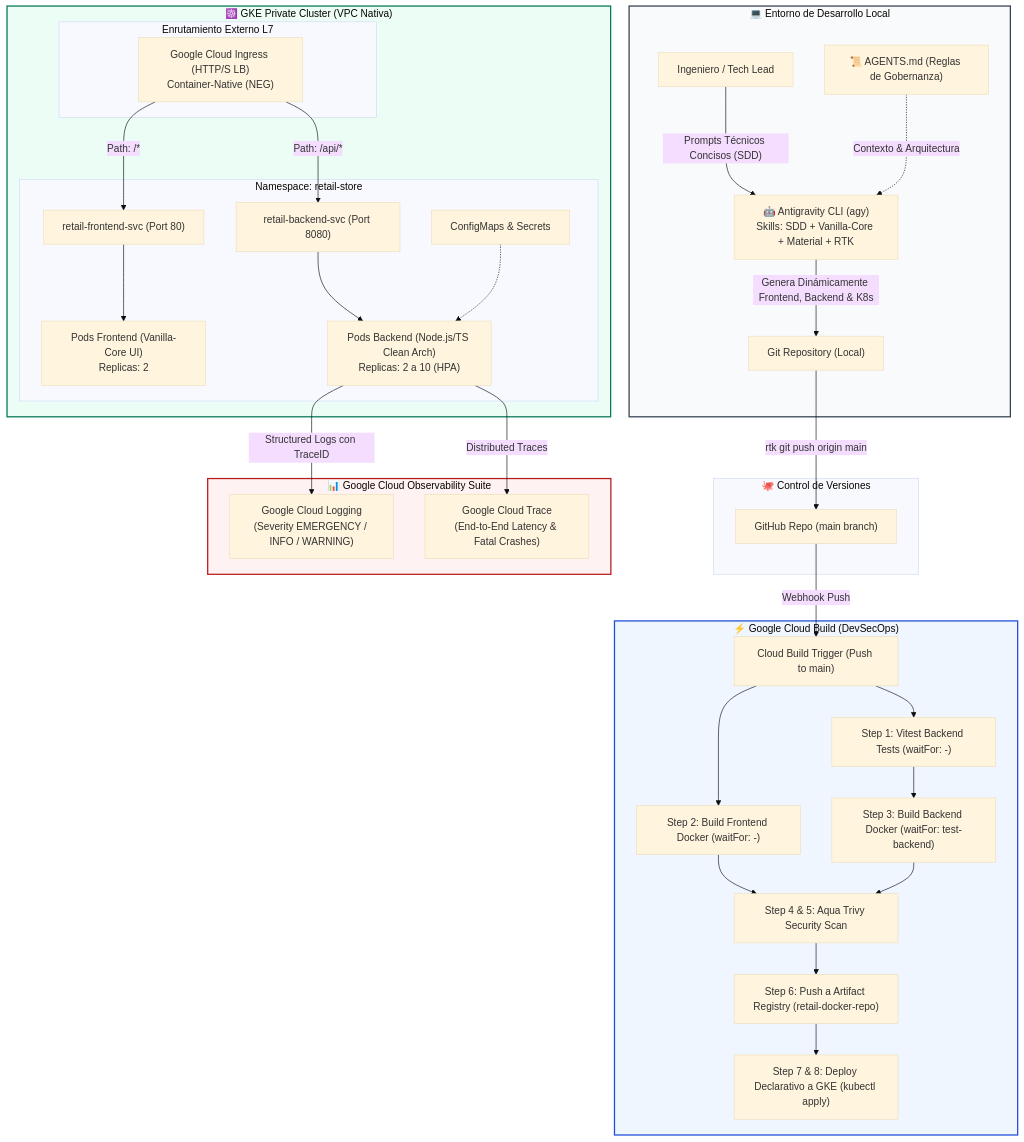
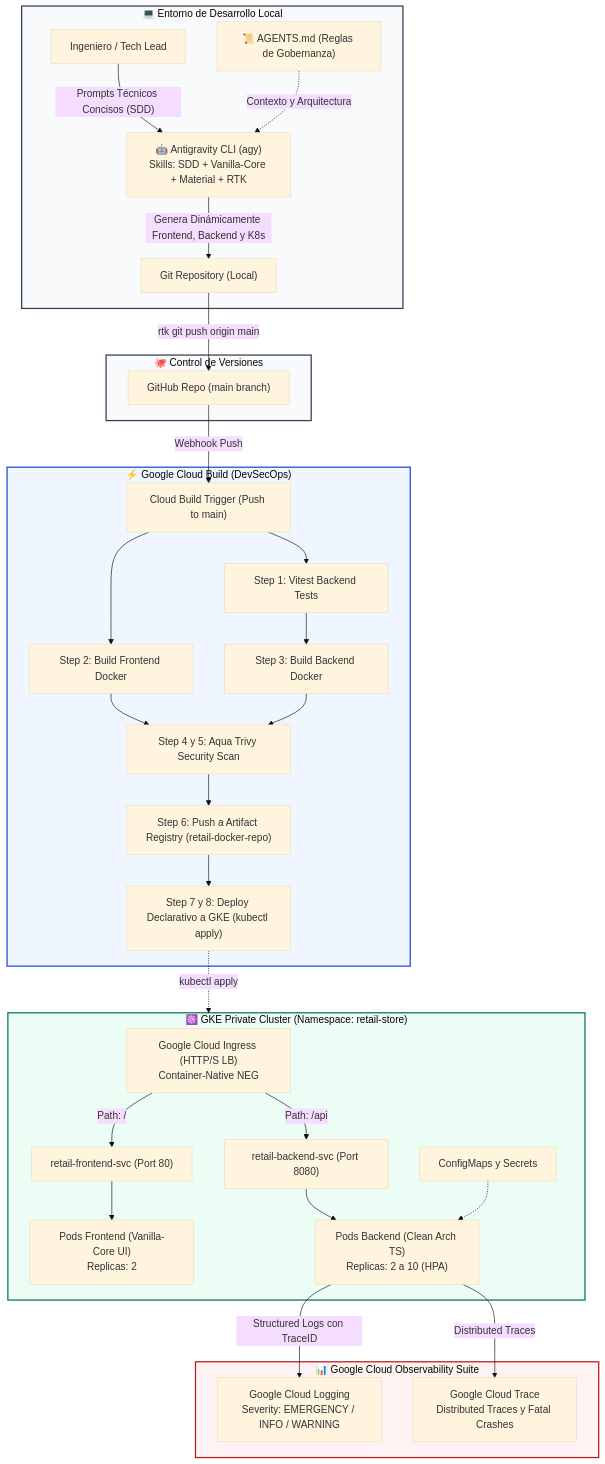
The diagram in workshop.md (develasquez/full-stack-engineer), drawn with Mermaid (base theme) before and after one commit.

Commit message:
fix(docs): resolve GitHub Mermaid rendering error in workshop.md

````diff
--- a/workshop.md
+++ b/workshop.md
@@ -14,71 +14,72 @@
 ```mermaid
 flowchart TD
-    subgraph Local["💻 Entorno de Desarrollo Local"]
+    subgraph Local ["💻 Entorno de Desarrollo Local"]
         Dev["Ingeniero / Tech Lead"]
         AGENTS_MD["📜 AGENTS.md (Reglas de Gobernanza)"]
         AGY["🤖 Antigravity CLI (agy)<br/>Skills: SDD + Vanilla-Core + Material + RTK"]
         GitRepo["Git Repository (Local)"]
-        
-        Dev -->|"Prompts Técnicos Concisos (SDD)"| AGY
-        AGENTS_MD -.->|"Contexto & Arquitectura"| AGY
-        AGY -->|"Genera Dinámicamente Frontend, Backend & K8s"| GitRepo
     end
 
-    subgraph GitHub["🐙 Control de Versiones"]
+    subgraph GitHub ["🐙 Control de Versiones"]
         RemoteGit["GitHub Repo (main branch)"]
-        GitRepo -->|"rtk git push origin main"| RemoteGit
     end
 
-    subgraph GCP_CI_CD["⚡ Google Cloud Build (DevSecOps)"]
+    subgraph GCP_CI_CD ["⚡ Google Cloud Build (DevSecOps)"]
         Trigger["Cloud Build Trigger (Push to main)"]
-        TestStep["Step 1: Vitest Backend Tests (waitFor: -)"]
-        BuildFront["Step 2: Build Frontend Docker (waitFor: -)"]
-        BuildBack["Step 3: Build Backend Docker (waitFor: test-backend)"]
-        TrivyStep["Step 4 & 5: Aqua Trivy Security Scan"]
+        TestStep["Step 1: Vitest Backend Tests"]
+        BuildFront["Step 2: Build Frontend Docker"]
+        BuildBack["Step 3: Build Backend Docker"]
+        TrivyStep["Step 4 y 5: Aqua Trivy Security Scan"]
         PushStep["Step 6: Push a Artifact Registry (retail-docker-repo)"]
-        DeployStep["Step 7 & 8: Deploy Declarativo a GKE (kubectl apply)"]
-        
-        RemoteGit -->|"Webhook Push"| Trigger
-        Trigger --> TestStep
-        Trigger --> BuildFront
-        TestStep --> BuildBack
-        BuildFront --> TrivyStep
-        BuildBack --> TrivyStep
-        TrivyStep --> PushStep
-        PushStep --> DeployStep
+        DeployStep["Step 7 y 8: Deploy Declarativo a GKE (kubectl apply)"]
     end
 
-    subgraph GCP_Runtime["☸️ GKE Private Cluster (VPC Nativa)"]
-        subgraph IngressLayer["Enrutamiento Externo L7"]
-            GKE_Ingress["Google Cloud Ingress (HTTP/S LB)<br/>Container-Native (NEG)"]
-        end
-        
-        subgraph Namespace["Namespace: retail-store"]
-            FrontendSvc["retail-frontend-svc (Port 80)"]
-            BackendSvc["retail-backend-svc (Port 8080)"]
-            
-            FrontendPods["Pods Frontend (Vanilla-Core UI)<br/>Replicas: 2"]
-            BackendPods["Pods Backend (Node.js/TS Clean Arch)<br/>Replicas: 2 a 10 (HPA)"]
-            
-            ConfigSecrets["ConfigMaps & Secrets"]
-        end
-
-        GKE_Ingress -->|"Path: /*"| FrontendSvc
-        GKE_Ingress -->|"Path: /api/*"| BackendSvc
-        FrontendSvc --> FrontendPods
-        BackendSvc --> BackendPods
-        ConfigSecrets -.-> BackendPods
+    subgraph GCP_Runtime ["☸️ GKE Private Cluster (Namespace: retail-store)"]
+        GKE_Ingress["Google Cloud Ingress (HTTP/S LB)<br/>Container-Native NEG"]
+        FrontendSvc["retail-frontend-svc (Port 80)"]
+        BackendSvc["retail-backend-svc (Port 8080)"]
+        FrontendPods["Pods Frontend (Vanilla-Core UI)<br/>Replicas: 2"]
+        BackendPods["Pods Backend (Clean Arch TS)<br/>Replicas: 2 a 10 (HPA)"]
+        ConfigSecrets["ConfigMaps y Secrets"]
     end
 
-    subgraph GCP_Observability["📊 Google Cloud Observability Suite"]
-        CloudLogging["Google Cloud Logging<br/>(Severity EMERGENCY / INFO / WARNING)"]
-        CloudTrace["Google Cloud Trace<br/>(End-to-End Latency & Fatal Crashes)"]
-        BackendPods -->|"Structured Logs con TraceID"| CloudLogging
-        BackendPods -->|"Distributed Traces"| CloudTrace
+    subgraph GCP_Observability ["📊 Google Cloud Observability Suite"]
+        CloudLogging["Google Cloud Logging<br/>Severity: EMERGENCY / INFO / WARNING"]
+        CloudTrace["Google Cloud Trace<br/>Distributed Traces y Fatal Crashes"]
     end
 
+    %% Flujo Local y Git
+    Dev -->|"Prompts Técnicos Concisos (SDD)"| AGY
+    AGENTS_MD -.->|"Contexto y Arquitectura"| AGY
+    AGY -->|"Genera Dinámicamente Frontend, Backend y K8s"| GitRepo
+    GitRepo -->|"rtk git push origin main"| RemoteGit
+
+    %% Pipeline CI/CD
+    RemoteGit -->|"Webhook Push"| Trigger
+    Trigger --> TestStep
+    Trigger --> BuildFront
+    TestStep --> BuildBack
+    BuildFront --> TrivyStep
+    BuildBack --> TrivyStep
+    TrivyStep --> PushStep
+    PushStep --> DeployStep
+
+    %% Runtime y Servicios GKE
+    DeployStep -.->|"kubectl apply"| GCP_Runtime
+    GKE_Ingress -->|"Path: /"| FrontendSvc
+    GKE_Ingress -->|"Path: /api"| BackendSvc
+    FrontendSvc --> FrontendPods
+    BackendSvc --> BackendPods
+    ConfigSecrets -.-> BackendPods
+
+    %% Telemetria
+    BackendPods -->|"Structured Logs con TraceID"| CloudLogging
+    BackendPods -->|"Distributed Traces"| CloudTrace
+
+    %% Estilos de Subgrafos
     style Local fill:#f8fafc,stroke:#334155,stroke-width:2px
+    style GitHub fill:#f8fafc,stroke:#334155,stroke-width:2px
     style GCP_CI_CD fill:#eff6ff,stroke:#1d4ed8,stroke-width:2px
     style GCP_Runtime fill:#ecfdf5,stroke:#047857,stroke-width:2px
     style GCP_Observability fill:#fef2f2,stroke:#b91c1c,stroke-width:2px
 ```
````
